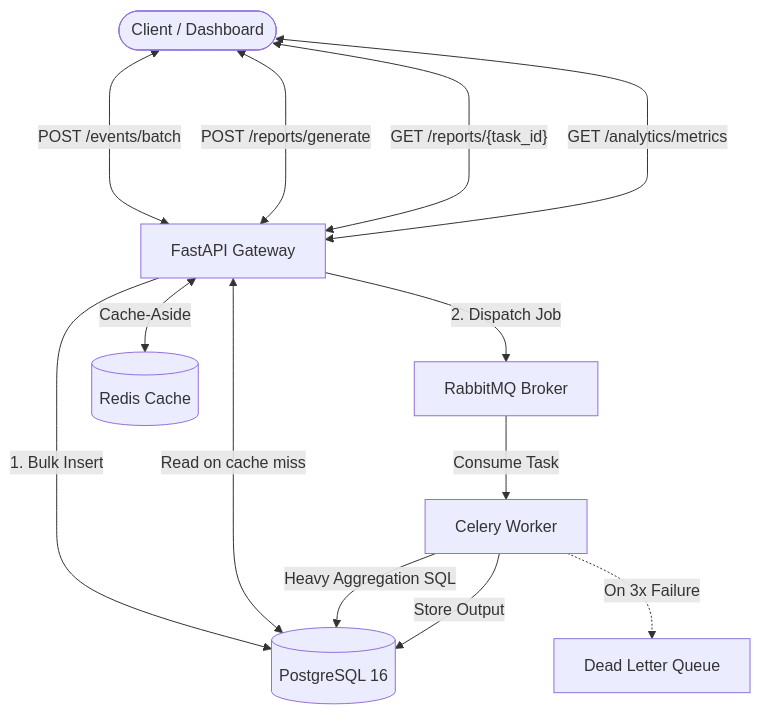
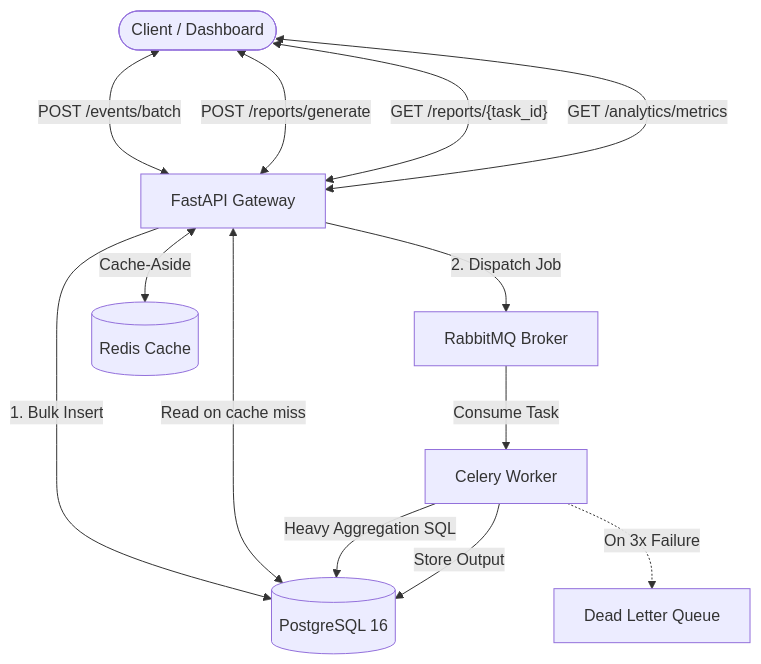
The diagram in README.md (Avrhambi/async-report-engine), drawn with Mermaid before and after one commit.

Commit message:
Fix arrow direction for analytics metrics in flowchart

````diff
--- a/README.md
+++ b/README.md
@@ -18,17 +18,17 @@
 ```mermaid
 flowchart TD
     Client(["Client / Dashboard"]) <-->|"POST /events/batch"| API["FastAPI Gateway"]
     Client <-->|"POST /reports/generate"| API
     Client <-->|"GET /reports/{task_id}"| API
-    Client <---->|"GET /analytics/metrics"| API
+    Client <--->|"GET /analytics/metrics"| API
 
     API -->|"1. Bulk Insert"| DB[("PostgreSQL 16")]
     API -->|"2. Dispatch Job"| RMQ["RabbitMQ Broker"]
     API <-->|"Cache-Aside"| REDIS[("Redis Cache")]
     API <-->|"Read on cache miss"| DB
 
     RMQ -->|"Consume Task"| WORKER["Celery Worker"]
     WORKER -->|"Heavy Aggregation SQL"| DB
     WORKER -->|"Store Output"| DB
     WORKER -.->|"On 3x Failure"| DLQ["Dead Letter Queue"]
 ```
````
